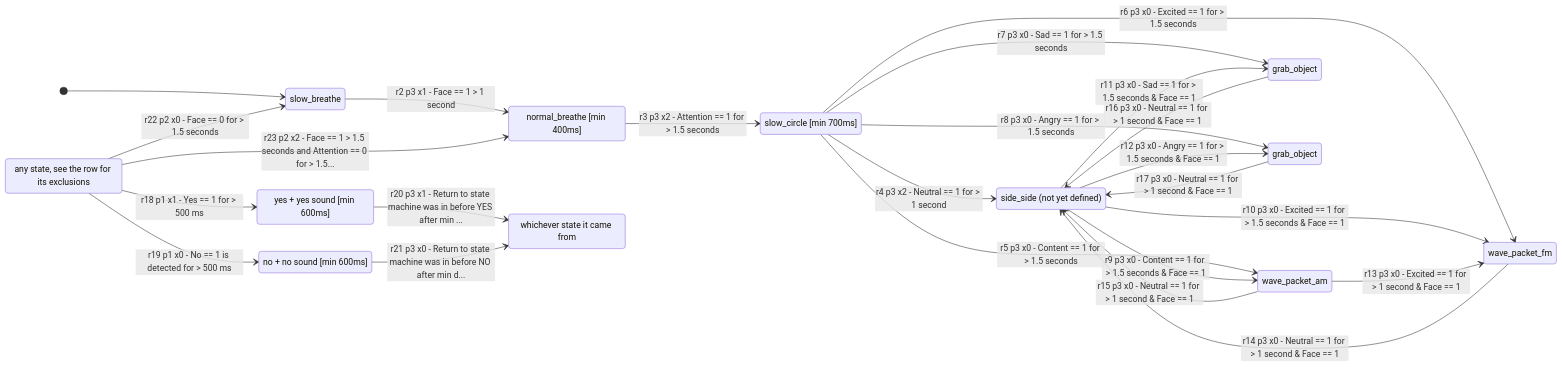
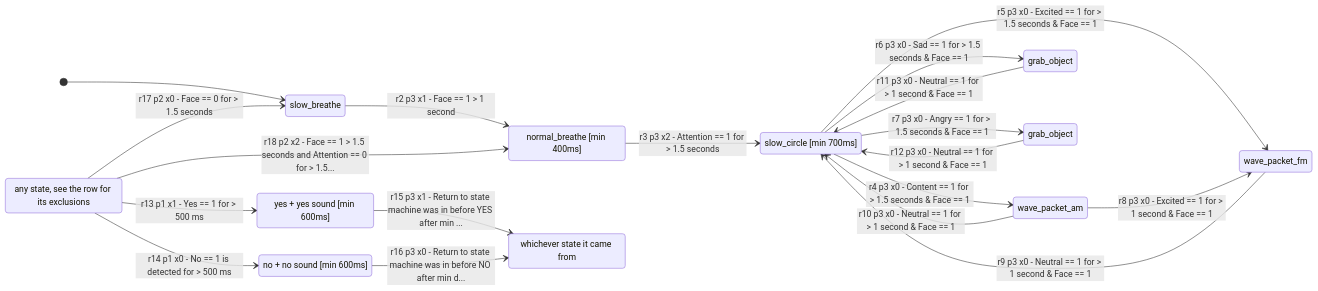
One commit to stosifian/shoggoth-mini-bringup changed the diagram in verify/mirror_fsm.mmd. Above: the diagram before and after it, drawn with Mermaid. The commit also changed 8 other files, not shown here.

```diff
--- a/verify/mirror_fsm.mmd
+++ b/verify/mirror_fsm.mmd
@@ -1,37 +1,31 @@
 stateDiagram-v2
     direction LR
     ALONE: slow_breathe
     NOTICING: normal_breathe [min 400ms]
-    ENGAGED: slow_circle [min 700ms]
-    NEUTRAL: side_side (not yet defined)
+    NEUTRAL: slow_circle [min 700ms]
     CONTENT: wave_packet_am
     EXCITED: wave_packet_fm
     SAD: grab_object
     ANGRY: grab_object
     YES: yes + yes sound [min 600ms]
     NO: no + no sound [min 600ms]
     [*] --> ALONE
     ALONE --> NOTICING: r2 p3 x1 - Face == 1 > 1 second
-    NOTICING --> ENGAGED: r3 p3 x2 - Attention == 1 for > 1.5 seconds
-    ENGAGED --> NEUTRAL: r4 p3 x2 - Neutral == 1 for > 1 second
-    ENGAGED --> CONTENT: r5 p3 x0 - Content == 1 for > 1.5 seconds
-    ENGAGED --> EXCITED: r6 p3 x0 - Excited == 1 for > 1.5 seconds
-    ENGAGED --> SAD: r7 p3 x0 - Sad == 1 for > 1.5 seconds
-    ENGAGED --> ANGRY: r8 p3 x0 - Angry == 1 for > 1.5 seconds
-    NEUTRAL --> CONTENT: r9 p3 x0 - Content == 1 for > 1.5 seconds & Face == 1
-    NEUTRAL --> EXCITED: r10 p3 x0 - Excited == 1 for > 1.5 seconds & Face == 1
-    NEUTRAL --> SAD: r11 p3 x0 - Sad == 1 for > 1.5 seconds & Face == 1
-    NEUTRAL --> ANGRY: r12 p3 x0 - Angry == 1 for > 1.5 seconds & Face == 1
-    CONTENT --> EXCITED: r13 p3 x0 - Excited == 1 for > 1 second & Face == 1
-    EXCITED --> NEUTRAL: r14 p3 x0 - Neutral == 1 for > 1 second & Face == 1
-    CONTENT --> NEUTRAL: r15 p3 x0 - Neutral == 1 for > 1 second & Face == 1
-    SAD --> NEUTRAL: r16 p3 x0 - Neutral == 1 for > 1 second & Face == 1
-    ANGRY --> NEUTRAL: r17 p3 x0 - Neutral == 1 for > 1 second & Face == 1
-    ANY --> YES: r18 p1 x1 - Yes == 1 for > 500 ms
-    ANY --> NO: r19 p1 x0 - No == 1 is detected for > 500 ms
-    YES --> PREV: r20 p3 x1 - Return to state machine was in before YES after min ...
-    NO --> PREV: r21 p3 x0 - Return to state machine was in before NO after min d...
-    ANY --> ALONE: r22 p2 x0 - Face == 0 for > 1.5 seconds
-    ANY --> NOTICING: r23 p2 x2 - Face == 1 > 1.5 seconds and Attention == 0 for > 1.5...
+    NOTICING --> NEUTRAL: r3 p3 x2 - Attention == 1 for > 1.5 seconds
+    NEUTRAL --> CONTENT: r4 p3 x0 - Content == 1 for > 1.5 seconds & Face == 1
+    NEUTRAL --> EXCITED: r5 p3 x0 - Excited == 1 for > 1.5 seconds & Face == 1
+    NEUTRAL --> SAD: r6 p3 x0 - Sad == 1 for > 1.5 seconds & Face == 1
+    NEUTRAL --> ANGRY: r7 p3 x0 - Angry == 1 for > 1.5 seconds & Face == 1
+    CONTENT --> EXCITED: r8 p3 x0 - Excited == 1 for > 1 second & Face == 1
+    EXCITED --> NEUTRAL: r9 p3 x0 - Neutral == 1 for > 1 second & Face == 1
+    CONTENT --> NEUTRAL: r10 p3 x0 - Neutral == 1 for > 1 second & Face == 1
+    SAD --> NEUTRAL: r11 p3 x0 - Neutral == 1 for > 1 second & Face == 1
+    ANGRY --> NEUTRAL: r12 p3 x0 - Neutral == 1 for > 1 second & Face == 1
+    ANY --> YES: r13 p1 x1 - Yes == 1 for > 500 ms
+    ANY --> NO: r14 p1 x0 - No == 1 is detected for > 500 ms
+    YES --> PREV: r15 p3 x1 - Return to state machine was in before YES after min ...
+    NO --> PREV: r16 p3 x0 - Return to state machine was in before NO after min d...
+    ANY --> ALONE: r17 p2 x0 - Face == 0 for > 1.5 seconds
+    ANY --> NOTICING: r18 p2 x2 - Face == 1 > 1.5 seconds and Attention == 0 for > 1.5...
     ANY: any state, see the row for its exclusions
     PREV: whichever state it came from
```
